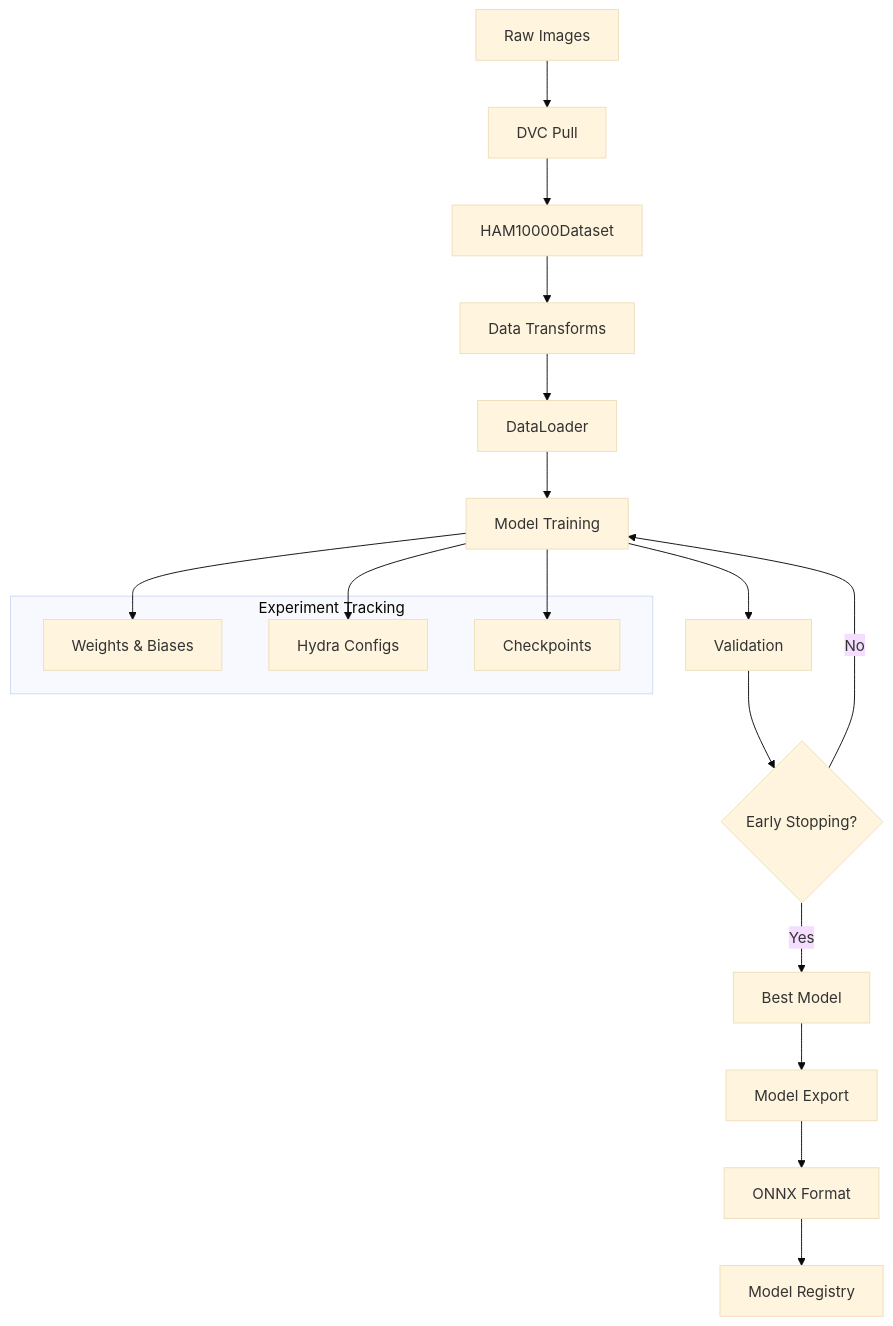
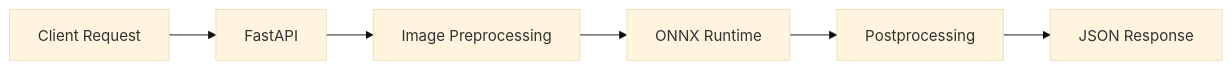
Before and after one commit to Aryan-Mi/dtu-vibe-ops-02476: the third of 4 diagrams in docs/source/architecture.md, drawn with Mermaid (base theme). The commit also changed other lines of this file and 22 other files, not shown here.

````diff
--- a/docs/source/architecture.md
+++ b/docs/source/architecture.md
@@ -402,25 +50,8 @@
 ```mermaid
-flowchart TD
-    A[Raw Images] --> B[DVC Pull]
-    B --> C[HAM10000Dataset]
-    C --> D[Data Transforms]
-    D --> E[DataLoader]
-    E --> F[Model Training]
-    F --> G[Validation]
-    G --> H{Early Stopping?}
-    H -->|No| F
-    H -->|Yes| I[Best Model]
-    I --> J[Model Export]
-    J --> K[ONNX Format]
-    K --> L[Model Registry]
-    
-    subgraph "Experiment Tracking"
-        M[Weights & Biases]
-        N[Hydra Configs]
-        O[Checkpoints]
-    end
-    
-    F --> M
-    F --> N  
-    F --> O
+graph LR
+    A[Client Request] --> B[FastAPI]
+    B --> C[Image Preprocessing]
+    C --> D[ONNX Runtime]
+    D --> E[Postprocessing]
+    E --> F[JSON Response]
 ```
````
